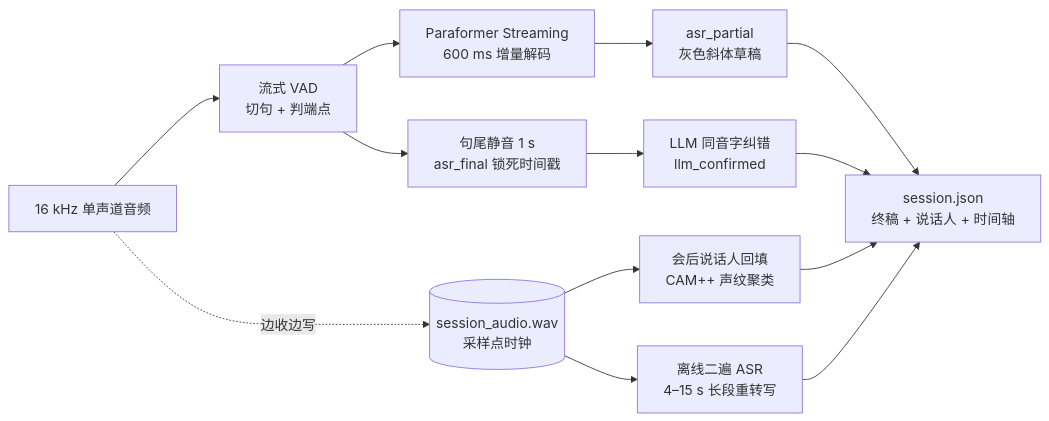
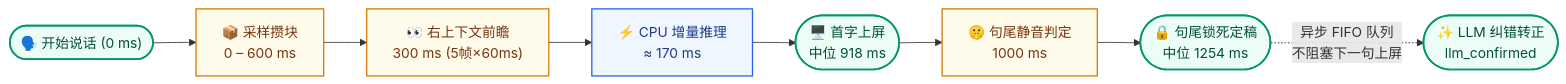
The third of 4 diagrams in README.md (zhangshuai05/my_study_meeting_asr), drawn with Mermaid before and after one commit. The commit also changed other lines of this file and 2 other files, not shown here.

Commit message:
docs: redesign README architecture flowcharts and update first-principles benchmarks

````diff
--- a/README.md
+++ b/README.md
@@ -30,15 +185,18 @@
 ```mermaid
 flowchart LR
-    A[16 kHz 单声道音频] --> B[流式 VAD<br/>切句 + 判端点]
-    B --> C[Paraformer Streaming<br/>600 ms 增量解码]
-    C --> D[asr_partial<br/>灰色斜体草稿]
-    B --> E[句尾静音 1 s<br/>asr_final 锁死时间戳]
-    E --> F[LLM 同音字纠错<br/>llm_confirmed]
-    A -.边收边写.-> W[(session_audio.wav<br/>采样点时钟)]
-    W --> H[会后说话人回填<br/>CAM++ 声纹聚类]
-    W --> I[离线二遍 ASR<br/>4–15 s 长段重转写]
-    D --> J[session.json<br/>终稿 + 说话人 + 时间轴]
-    F --> J
-    H --> J
-    I --> J
+    S(["🗣️ 开始说话 (0 ms)"]) --> A["📦 采样攒块<br/>0 – 600 ms"]
+    A --> B["👀 右上下文前瞻<br/>300 ms (5帧×60ms)"]
+    B --> C["⚡ CPU 增量推理<br/>≈ 170 ms"]
+    C --> U(["🖥️ 首字上屏<br/>中位 918 ms"])
+    U --> D["🤫 句尾静音判定<br/>1000 ms"]
+    D --> F(["🔒 句尾锁死定稿<br/>中位 1254 ms"])
+    F -.->|"异步 FIFO 队列<br/>不阻塞下一句上屏"| L(["✨ LLM 纠错转正<br/>llm_confirmed"])
+
+    classDef clsFixed fill:#EFF6FF,stroke:#2563EB,stroke-width:1.5px,color:#1E3A8A
+    classDef clsWindow fill:#FFFBEB,stroke:#D97706,stroke-width:1.5px,color:#78350F
+    classDef clsMilestone fill:#ECFDF5,stroke:#059669,stroke-width:2px,color:#064E3B
+
+    class A,B,D clsWindow
+    class C clsFixed
+    class S,U,F,L clsMilestone
 ```
````
